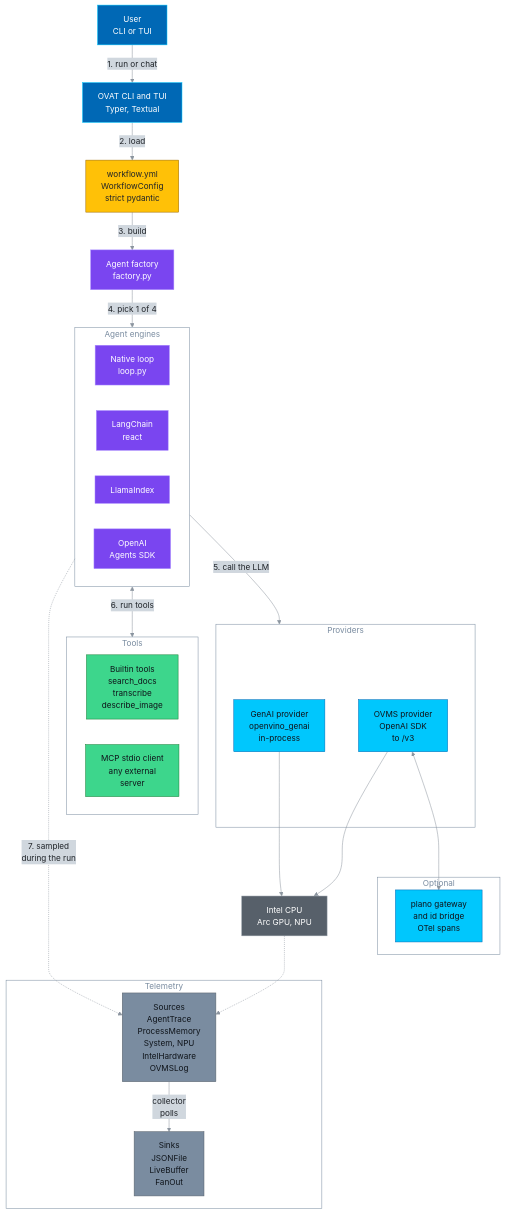
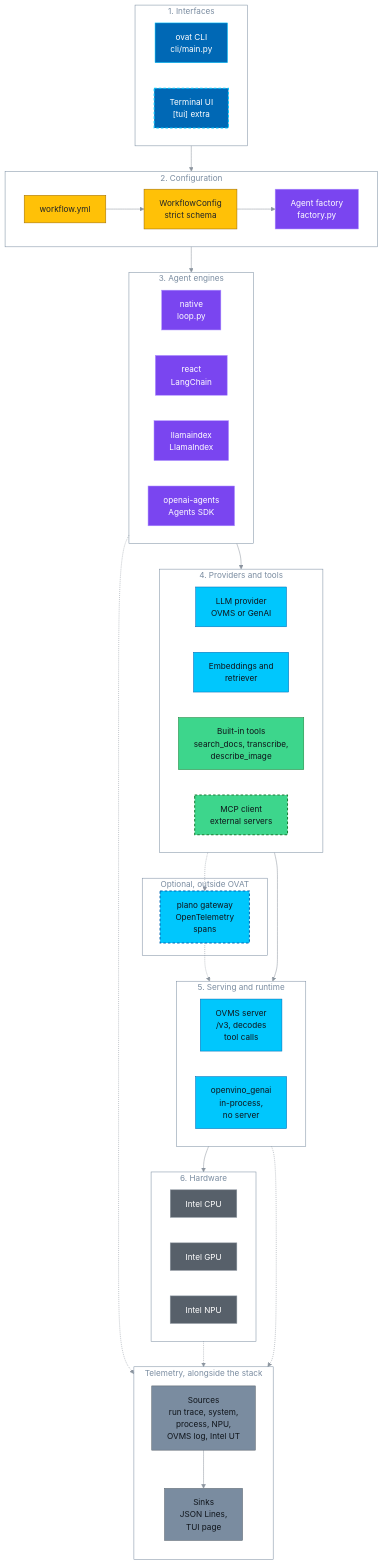
One commit to Lagmator22/ovat changed the first of 12 diagrams in docs/ARCHITECTURE.md. Above: the diagram before and after it, drawn with Mermaid. The commit also changed other lines of this file, not shown here.

Commit message:
docs(architecture): split the system map into a stack and a sequence
The old "whole system" diagram mixed two questions in one picture: what
the parts are, and what happens during a run. Numbered edges tried to
show the order on top of the structure, and neither came through clearly.

Now there are two titled diagrams. A stack, top to bottom from the
interfaces to the hardware, with telemetry alongside and the optional
parts (TUI, MCP, plano) drawn with dashed borders. And a sequence diagram
of one `ovat run`, with loop/alt/opt blocks so the tool-calling loop is
visible. Each has a legend that says what solid and dotted arrows mean.
Colours keep the existing role classDefs. All diagrams were rendered with
mermaid-cli to check that they parse and that no label is clipped.

````diff
--- a/docs/ARCHITECTURE.md
+++ b/docs/ARCHITECTURE.md
@@ -123,60 +129,74 @@
 ```mermaid
 %%{init: {"theme": "base", "themeVariables": {"primaryColor": "#D0D7DE", "primaryTextColor": "#1F2328", "primaryBorderColor": "#8C959F", "lineColor": "#8C959F", "textColor": "#1F2328", "edgeLabelBackground": "#D0D7DE", "clusterBkg": "transparent", "clusterBorder": "#7A8CA0", "titleColor": "#7A8CA0"}}}%%
-flowchart TD
-    User["User<br/>CLI or TUI"] -->|"1. run or chat"| CLI["OVAT CLI and TUI<br/>Typer, Textual"]
-    CLI -->|"2. load"| Config["workflow.yml<br/>WorkflowConfig<br/>strict pydantic"]
-    Config -->|"3. build"| Factory["Agent factory<br/>factory.py"]
-    Factory -->|"4. pick 1 of 4"| Engines
-
-    subgraph Engines ["Agent engines"]
-        Native["Native loop<br/>loop.py"]
-        LangChain["LangChain<br/>react"]
-        LlamaIndex["LlamaIndex"]
-        OpenAIAgents["OpenAI<br/>Agents SDK"]
+flowchart TB
+    subgraph Interfaces ["1. Interfaces"]
+        direction LR
+        CLI["ovat CLI<br/>cli/main.py"]
+        TUI["Terminal UI<br/>[tui] extra"]
+    end
+    subgraph Config ["2. Configuration"]
+        direction LR
+        YAML["workflow.yml"] --> Schema["WorkflowConfig<br/>strict schema"] --> Factory["Agent factory<br/>factory.py"]
+    end
+    subgraph Engines ["3. Agent engines"]
+        direction LR
+        Native["native<br/>loop.py"]
+        LangChain["react<br/>LangChain"]
+        LlamaIndex["llamaindex<br/>LlamaIndex"]
+        OpenAIAgents["openai-agents<br/>Agents SDK"]
+    end
+    subgraph PT ["4. Providers and tools"]
+        direction LR
+        LLMP["LLM provider<br/>OVMS or GenAI"]
+        RAG["Embeddings and<br/>retriever"]
+        Builtin["Built-in tools<br/>search_docs, transcribe,<br/>describe_image"]
+        MCP["MCP client<br/>external servers"]
+    end
+    subgraph Serving ["5. Serving and runtime"]
+        direction LR
+        OVMS["OVMS server<br/>/v3, decodes<br/>tool calls"]
+        GenAI["openvino_genai<br/>in-process,<br/>no server"]
+    end
+    subgraph HW ["6. Hardware"]
+        direction LR
+        CPU["Intel CPU"]
+        GPU["Intel GPU"]
+        NPU["Intel NPU"]
+    end
+    subgraph Tel ["Telemetry, alongside the stack"]
+        direction TB
+        Sources["Sources<br/>run trace, system,<br/>process, NPU,<br/>OVMS log, Intel UT"] --> Sinks["Sinks<br/>JSON Lines,<br/>TUI page"]
+    end
+    subgraph Opt ["Optional, outside OVAT"]
+        Plano["plano gateway<br/>OpenTelemetry<br/>spans"]
     end
 
-    Engines -->|"5. call the LLM"| Providers
-    Engines <-->|"6. run tools"| Tools
-
-    subgraph Providers ["Providers"]
-        GenAI["GenAI provider<br/>openvino_genai<br/>in-process"]
-        OVMS["OVMS provider<br/>OpenAI SDK<br/>to /v3"]
-    end
-
-    subgraph Tools ["Tools"]
-        Builtin["Builtin tools<br/>search_docs<br/>transcribe<br/>describe_image"]
-        MCP["MCP stdio client<br/>any external<br/>server"]
-    end
-
-    subgraph Gateway ["Optional"]
-        Plano["plano gateway<br/>and id bridge<br/>OTel spans"]
-    end
-
-    OVMS <--> Plano
-    GenAI --> Hardware["Intel CPU<br/>Arc GPU, NPU"]
-    OVMS --> Hardware
-
-    subgraph Telemetry ["Telemetry"]
-        Sources["Sources<br/>AgentTrace<br/>ProcessMemory<br/>System, NPU<br/>IntelHardware<br/>OVMSLog"]
-        Sinks["Sinks<br/>JSONFile<br/>LiveBuffer<br/>FanOut"]
-        Sources -->|"collector<br/>polls"| Sinks
-    end
-
-    Engines -.->|"7. sampled<br/>during the run"| Sources
-    Hardware -.-> Sources
+    Interfaces --> Config
+    Config --> Engines
+    Engines --> PT
+    PT --> Serving
+    Serving --> HW
+    LLMP -.-> Plano
+    Plano -.-> OVMS
+    Engines -.-> Sources
+    Serving -.-> Sources
+    HW -.-> Sources
 
     classDef cli fill:#0068B5,stroke:#00C7FD,color:#FFFFFF
     classDef config fill:#FFC107,stroke:#9A6700,color:#1F2328
     classDef engine fill:#7A45F0,stroke:#A98BFF,color:#FFFFFF
     classDef backend fill:#00C7FD,stroke:#0068B5,color:#0F141A
     classDef tool fill:#3DD68C,stroke:#1A7F37,color:#0F141A
     classDef telemetry fill:#7A8CA0,stroke:#57606A,color:#0F141A
     classDef hw fill:#57606A,stroke:#8C959F,color:#FFFFFF
-    class User,CLI cli
-    class Config config
+    class CLI,TUI cli
+    class YAML,Schema config
     class Factory,Native,LangChain,LlamaIndex,OpenAIAgents engine
-    class GenAI,OVMS,Plano backend
+    class LLMP,RAG,OVMS,GenAI,Plano backend
     class Builtin,MCP tool
     class Sources,Sinks telemetry
-    class Hardware hw
+    class CPU,GPU,NPU hw
+    style TUI stroke-dasharray:5 4,stroke-width:2px
+    style MCP stroke-dasharray:5 4,stroke-width:2px
+    style Plano stroke-dasharray:5 4,stroke-width:2px
 ```
````
